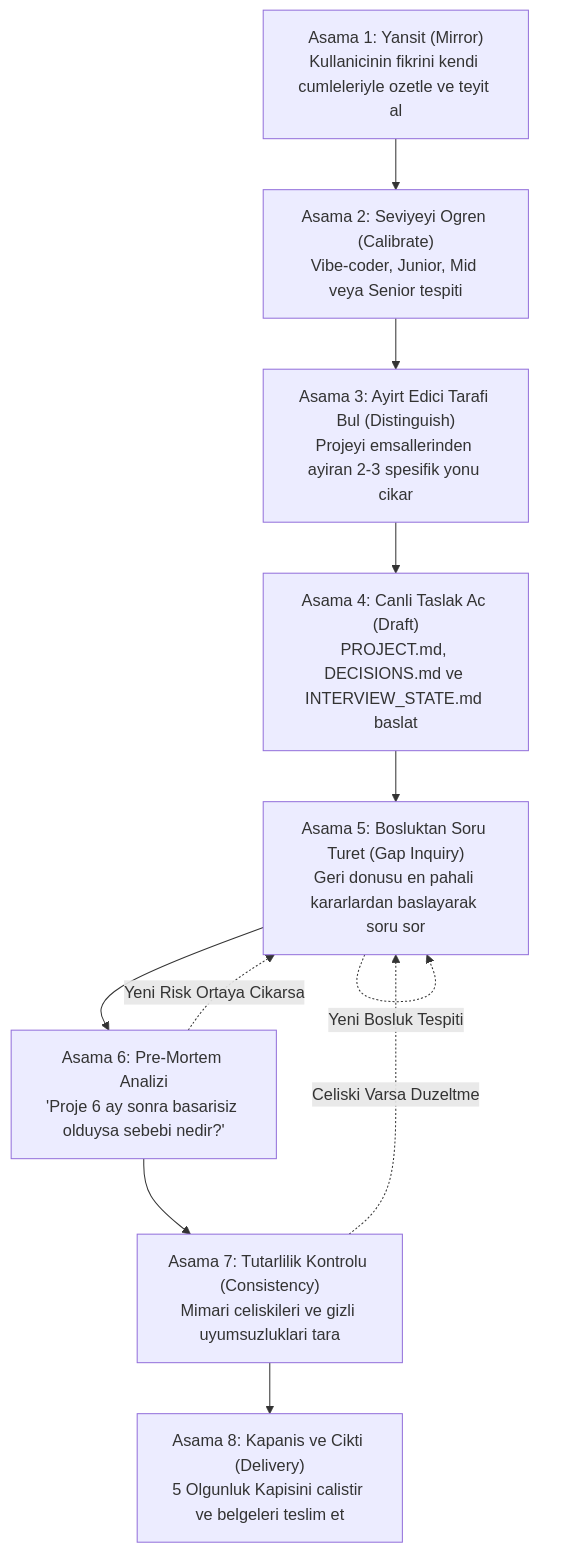
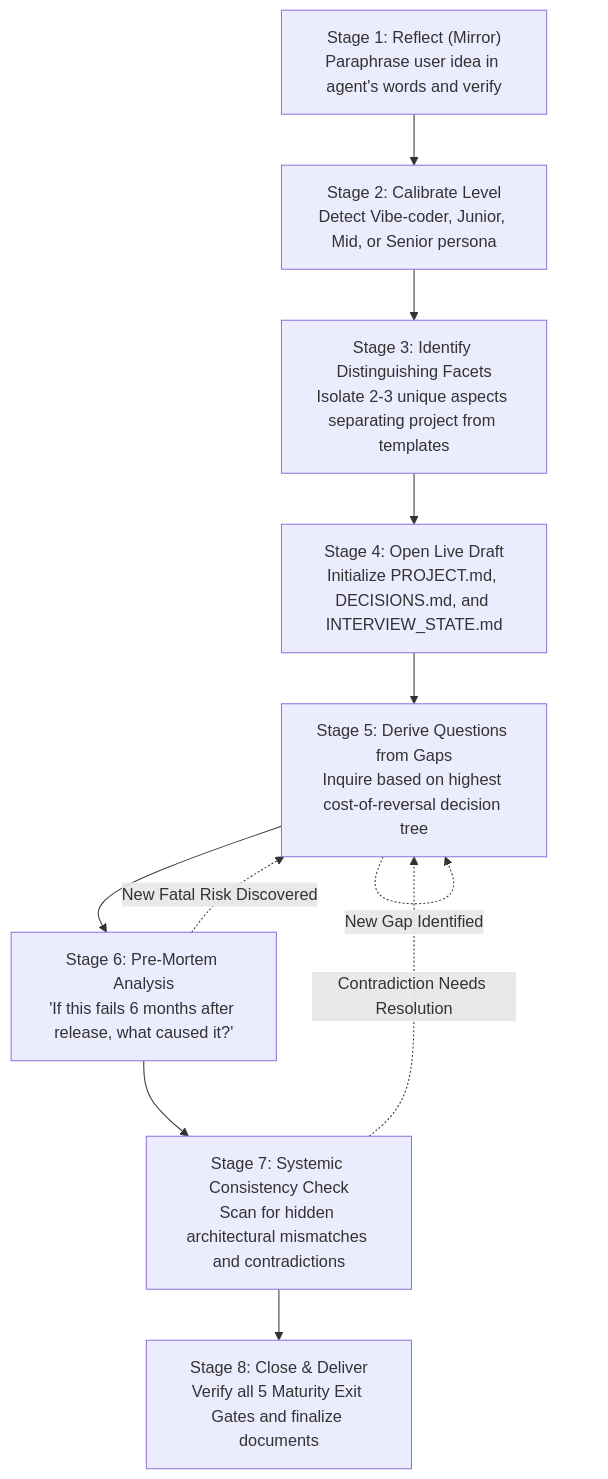
One commit to Eyokurt/project-from-scratch changed the second of 5 diagrams in README.md. Above: the diagram before and after it, drawn with Mermaid. The commit also changed other lines of this file and 12 other files, not shown here.

````diff
--- a/README.md
+++ b/README.md
@@ -62,14 +62,14 @@
 ```mermaid
 flowchart TD
-    S1["Asama 1: Yansit (Mirror)\nKullanicinin fikrini kendi cumleleriyle ozetle ve teyit al"] --> S2["Asama 2: Seviyeyi Ogren (Calibrate)\nVibe-coder, Junior, Mid veya Senior tespiti"]
-    S2 --> S3["Asama 3: Ayirt Edici Tarafi Bul (Distinguish)\nProjeyi emsallerinden ayiran 2-3 spesifik yonu cikar"]
-    S3 --> S4["Asama 4: Canli Taslak Ac (Draft)\nPROJECT.md, DECISIONS.md ve INTERVIEW_STATE.md baslat"]
-    S4 --> S5["Asama 5: Bosluktan Soru Turet (Gap Inquiry)\nGeri donusu en pahali kararlardan baslayarak soru sor"]
-    S5 --> S6["Asama 6: Pre-Mortem Analizi\n'Proje 6 ay sonra basarisiz olduysa sebebi nedir?'"]
-    S6 --> S7["Asama 7: Tutarlilik Kontrolu (Consistency)\nMimari celiskileri ve gizli uyumsuzluklari tara"]
-    S7 --> S8["Asama 8: Kapanis ve Cikti (Delivery)\n5 Olgunluk Kapisini calistir ve belgeleri teslim et"]
+    S1["Stage 1: Reflect (Mirror)\nParaphrase user idea in agent's words and verify"] --> S2["Stage 2: Calibrate Level\nDetect Vibe-coder, Junior, Mid, or Senior persona"]
+    S2 --> S3["Stage 3: Identify Distinguishing Facets\nIsolate 2-3 unique aspects separating project from templates"]
+    S3 --> S4["Stage 4: Open Live Draft\nInitialize PROJECT.md, DECISIONS.md, and INTERVIEW_STATE.md"]
+    S4 --> S5["Stage 5: Derive Questions from Gaps\nInquire based on highest cost-of-reversal decision tree"]
+    S5 --> S6["Stage 6: Pre-Mortem Analysis\n'If this fails 6 months after release, what caused it?'"]
+    S6 --> S7["Stage 7: Systemic Consistency Check\nScan for hidden architectural mismatches and contradictions"]
+    S7 --> S8["Stage 8: Close & Deliver\nVerify all 5 Maturity Exit Gates and finalize documents"]
 
-    S5 -.->|"Yeni Bosluk Tespiti"| S5
-    S6 -.->|"Yeni Risk Ortaya Cikarsa"| S5
-    S7 -.->|"Celiski Varsa Duzeltme"| S5
+    S5 -.->|"New Gap Identified"| S5
+    S6 -.->|"New Fatal Risk Discovered"| S5
+    S7 -.->|"Contradiction Needs Resolution"| S5
 ```
````
